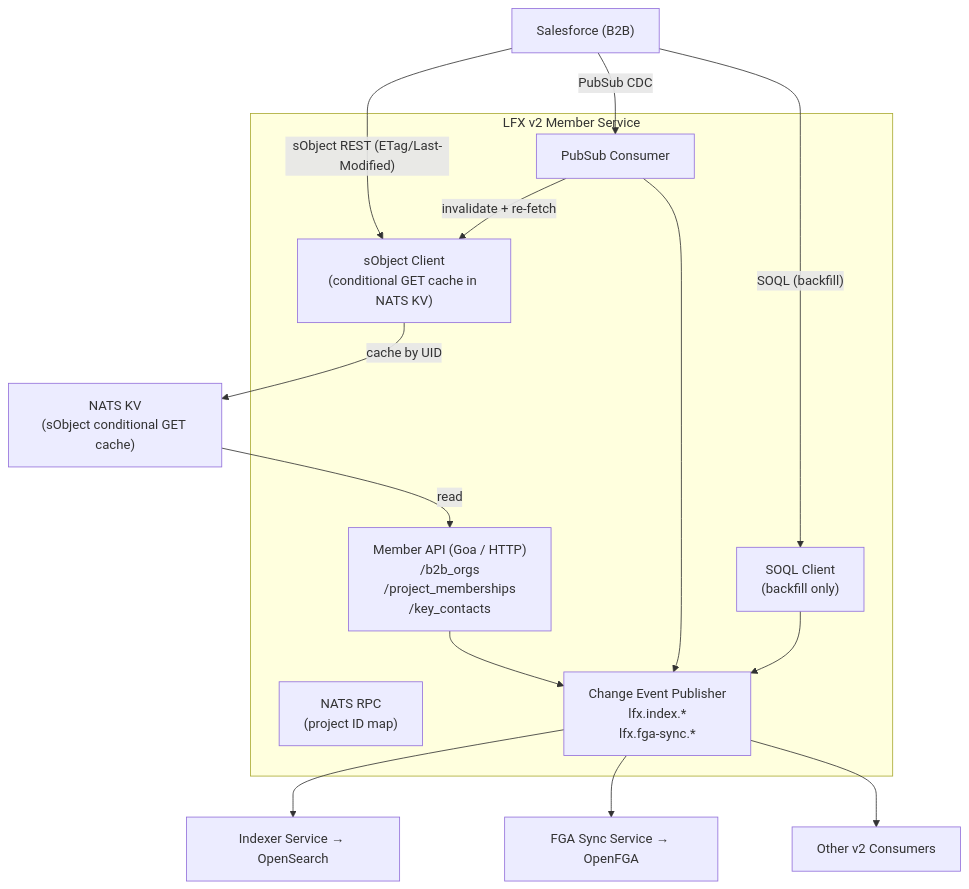
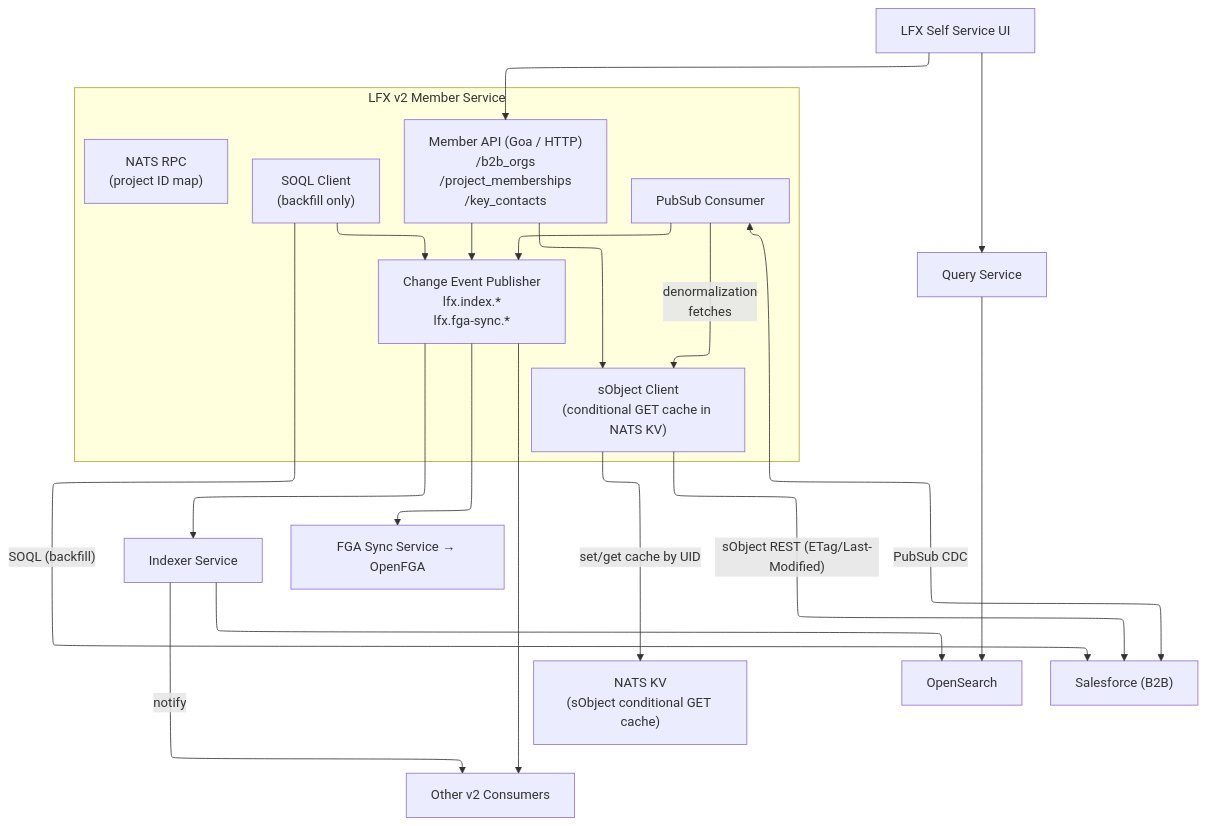
One commit to linuxfoundation/lfx-v2-project-service changed the first of 2 diagrams in ARCHITECTURE.md. Above: the diagram before and after it, drawn with Mermaid.

Commit message:
docs(arch): update architecture diagram with corrected data-flow direction
Reorganise the Mermaid flowchart so UI/consumers are at the top and
Salesforce is at the bottom, arrows point client→server, and the
Indexer/Query Service/OpenSearch path is explicit.

🤖 Generated with [GitHub Copilot](https://github.com/features/copilot) (via OpenCode)

````diff
--- a/ARCHITECTURE.md
+++ b/ARCHITECTURE.md
@@ -132,31 +132,37 @@
 ```mermaid
 flowchart TD
-    SF["Salesforce (B2B)"]
-
+    %%{init: {"flowchart": {"defaultRenderer": "elk"}} }%%
+    UI["LFX Self Service UI"]
+    QuerySvc["Query Service"]
+    Consumers["Other v2 Consumers"]
     subgraph svc["LFX v2 Member Service"]
+        API["Member API (Goa / HTTP)\n/b2b_orgs\n/project_memberships\n/key_contacts"]
+        RPC["NATS RPC\n(project ID map)"]
         SObj["sObject Client\n(conditional GET cache in NATS KV)"]
+        API --> SObj
         SOQL["SOQL Client\n(backfill only)"]
         PubSub["PubSub Consumer"]
-        API["Member API (Goa / HTTP)\n/b2b_orgs\n/project_memberships\n/key_contacts"]
-        RPC["NATS RPC\n(project ID map)"]
         PUB["Change Event Publisher\nlfx.index.*\nlfx.fga-sync.*"]
     end
-
-    Indexer["Indexer Service → OpenSearch"]
+    KV["NATS KV\n(sObject conditional GET cache)"]
+    Indexer["Indexer Service"]
     FGASync["FGA Sync Service → OpenFGA"]
-    Consumers["Other v2 Consumers"]
-
-    SF -- "sObject REST (ETag/Last-Modified)" --> SObj
-    SF -- "SOQL (backfill)" --> SOQL
-    SF -- "PubSub CDC" --> PubSub
-    SObj -- "cache by UID" --> KV["NATS KV\n(sObject conditional GET cache)"]
-    KV -- "read" --> API
-    PubSub -- "invalidate + re-fetch" --> SObj
-    API --> PUB
-    PubSub --> PUB
-    SOQL --> PUB
-
+    OpenSearch["OpenSearch"]
+    SF["Salesforce (B2B)"]
+    UI --> API
+    UI --> QuerySvc
+    QuerySvc --> OpenSearch
+    PubSub -- "denormalization\nfetches" --> SObj
+    SObj -- "set/get cache by UID" --> KV
     PUB --> Indexer
     PUB --> FGASync
     PUB --> Consumers
+    Indexer --> OpenSearch
+    Indexer -- "notify" --> Consumers
+    SOQL --> PUB
+    PubSub --> PUB
+    API --> PUB
+    SObj -- "sObject REST (ETag/Last-Modified)" --> SF
+    SOQL -- "SOQL (backfill)" --> SF
+    PubSub <-- "PubSub CDC" --> SF
 ```
````
